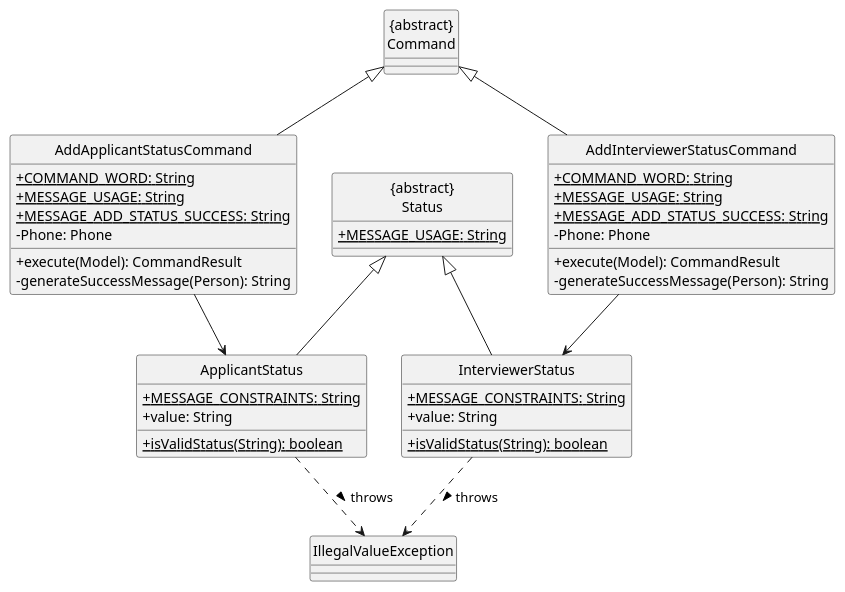
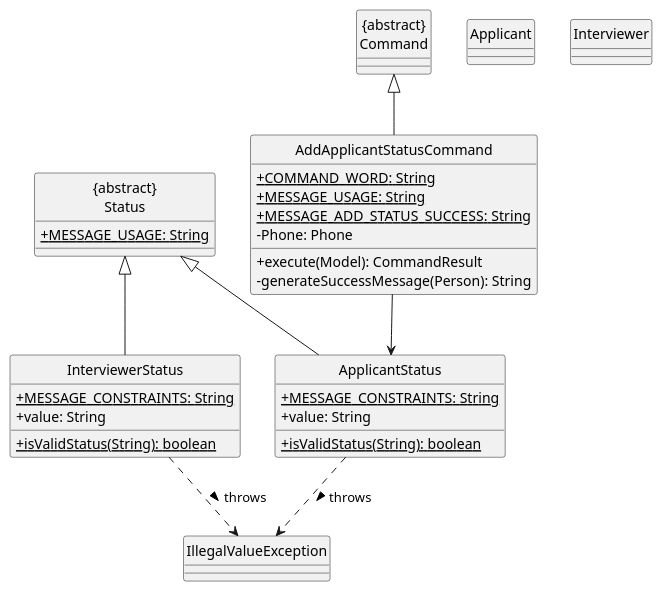
One commit to AY2324S2-CS2103T-F11-3/tp changed the diagram in diagrams/add-status/StatusCommandClasses.puml. Above: the diagram before and after it, drawn with PlantUML. The commit also changed 42 other files, not shown here.

```diff
--- a/diagrams/add-status/StatusCommandClasses.puml
+++ b/diagrams/add-status/StatusCommandClasses.puml
@@ -1,46 +1,40 @@
 @startuml
 hide circle
 skinparam classAttributeIconSize 0
 
 Class "{abstract}\nCommand" as Command {
 }
+Class Applicant {
+}
+Class Interviewer {
+}
 Class AddApplicantStatusCommand {
-  +{static}COMMAND_WORD: String
-  +{static}MESSAGE_USAGE: String
-  +{static}MESSAGE_ADD_STATUS_SUCCESS: String
-  -Phone: Phone
-  +execute(Model): CommandResult
-  -generateSuccessMessage(Person): String
-}
-Class AddInterviewerStatusCommand {
   +{static}COMMAND_WORD: String
   +{static}MESSAGE_USAGE: String
   +{static}MESSAGE_ADD_STATUS_SUCCESS: String
   -Phone: Phone
   +execute(Model): CommandResult
   -generateSuccessMessage(Person): String
 }
 Class "{abstract}\nStatus" as Status {
     +{static}MESSAGE_USAGE: String
 }
 Class ApplicantStatus {
     +{static}MESSAGE_CONSTRAINTS: String
     +value: String
     +{static}isValidStatus(String): boolean
 }
 Class InterviewerStatus {
     +{static}MESSAGE_CONSTRAINTS: String
     +value: String
     +{static}isValidStatus(String): boolean
 }
 Class IllegalValueException
 
 AddApplicantStatusCommand -up-|> Command
 AddApplicantStatusCommand -down-> ApplicantStatus
-AddInterviewerStatusCommand -up-|> Command
-AddInterviewerStatusCommand -down-> InterviewerStatus
 ApplicantStatus -up-|> Status
 InterviewerStatus -up-|> Status
 ApplicantStatus ..> IllegalValueException: throws >
 InterviewerStatus ..> IllegalValueException: throws >
 @enduml
```
